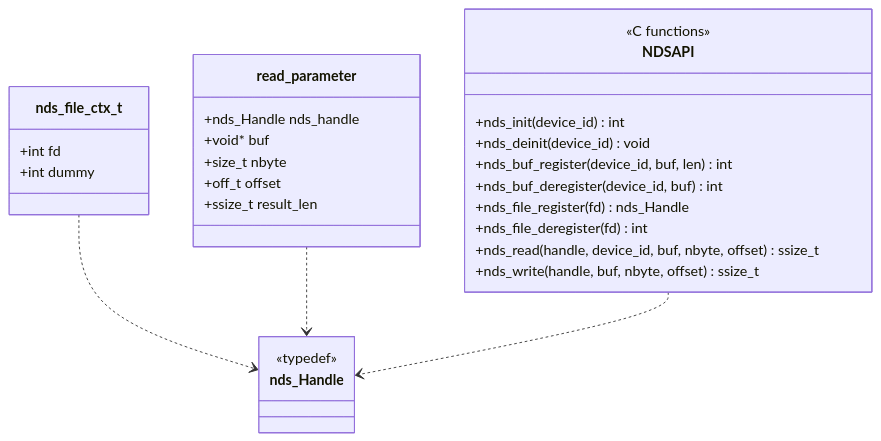
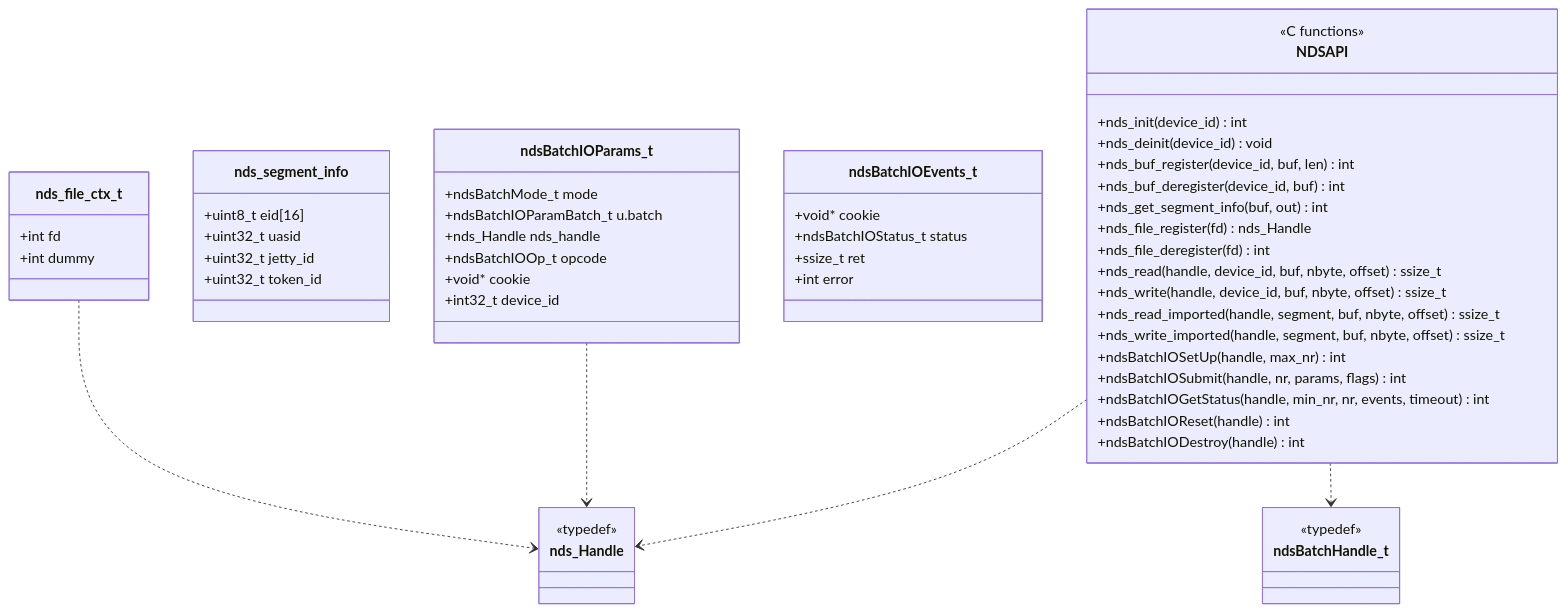
The fourth of 17 diagrams in docs/rfc-nds-nvmeof-transport-cn.md (yz53665/Mooncake), drawn with Mermaid before and after one commit. The commit also changed other lines of this file, not shown here.

````diff
--- a/docs/rfc-nds-nvmeof-transport-cn.md
+++ b/docs/rfc-nds-nvmeof-transport-cn.md
@@ -202,31 +205,56 @@
 ```mermaid
 classDiagram
     class nds_file_ctx_t {
         +int fd
         +int dummy
     }
     class nds_Handle {
         <<typedef>>
     }
-    class read_parameter {
+    class ndsBatchHandle_t {
+        <<typedef>>
+    }
+    class nds_segment_info {
+        +uint8_t eid[16]
+        +uint32_t uasid
+        +uint32_t jetty_id
+        +uint32_t token_id
+    }
+    class ndsBatchIOParams_t {
+        +ndsBatchMode_t mode
+        +ndsBatchIOParamBatch_t u.batch
         +nds_Handle nds_handle
-        +void* buf
-        +size_t nbyte
-        +off_t offset
-        +ssize_t result_len
+        +ndsBatchIOOp_t opcode
+        +void* cookie
+        +int32_t device_id
+    }
+    class ndsBatchIOEvents_t {
+        +void* cookie
+        +ndsBatchIOStatus_t status
+        +ssize_t ret
+        +int error
     }
     class NDSAPI {
         <<C functions>>
         +nds_init(device_id) int
         +nds_deinit(device_id) void
         +nds_buf_register(device_id, buf, len) int
         +nds_buf_deregister(device_id, buf) int
+        +nds_get_segment_info(buf, out) int
         +nds_file_register(fd) nds_Handle
         +nds_file_deregister(fd) int
         +nds_read(handle, device_id, buf, nbyte, offset) ssize_t
-        +nds_write(handle, buf, nbyte, offset) ssize_t
+        +nds_write(handle, device_id, buf, nbyte, offset) ssize_t
+        +nds_read_imported(handle, segment, buf, nbyte, offset) ssize_t
+        +nds_write_imported(handle, segment, buf, nbyte, offset) ssize_t
+        +ndsBatchIOSetUp(handle, max_nr) int
+        +ndsBatchIOSubmit(handle, nr, params, flags) int
+        +ndsBatchIOGetStatus(handle, min_nr, nr, events, timeout) int
+        +ndsBatchIOReset(handle) int
+        +ndsBatchIODestroy(handle) int
     }
     nds_file_ctx_t ..> nds_Handle
-    read_parameter ..> nds_Handle
+    ndsBatchIOParams_t ..> nds_Handle
     NDSAPI ..> nds_Handle
+    NDSAPI ..> ndsBatchHandle_t
 ```
````
